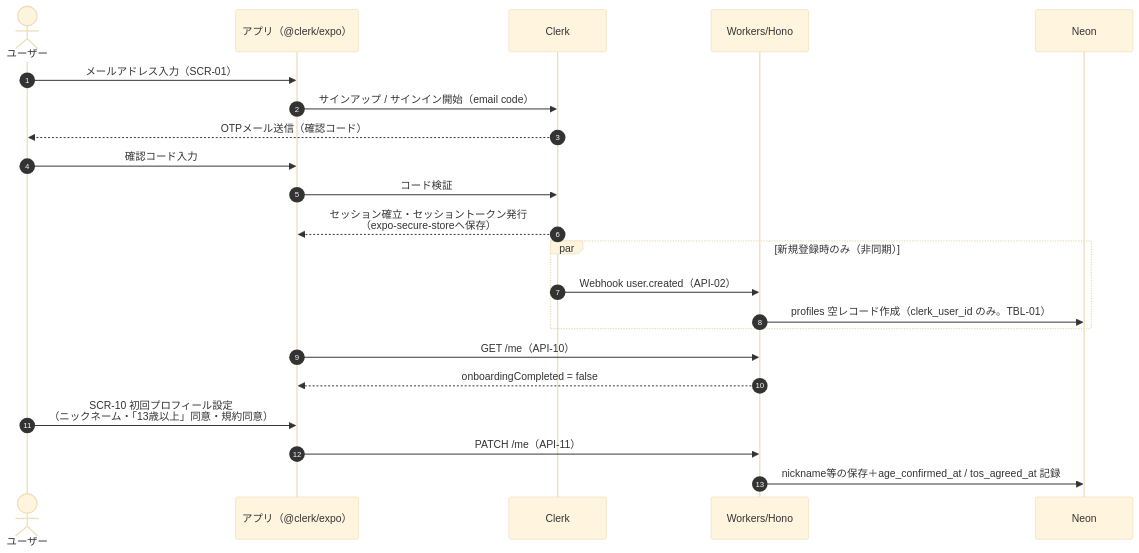
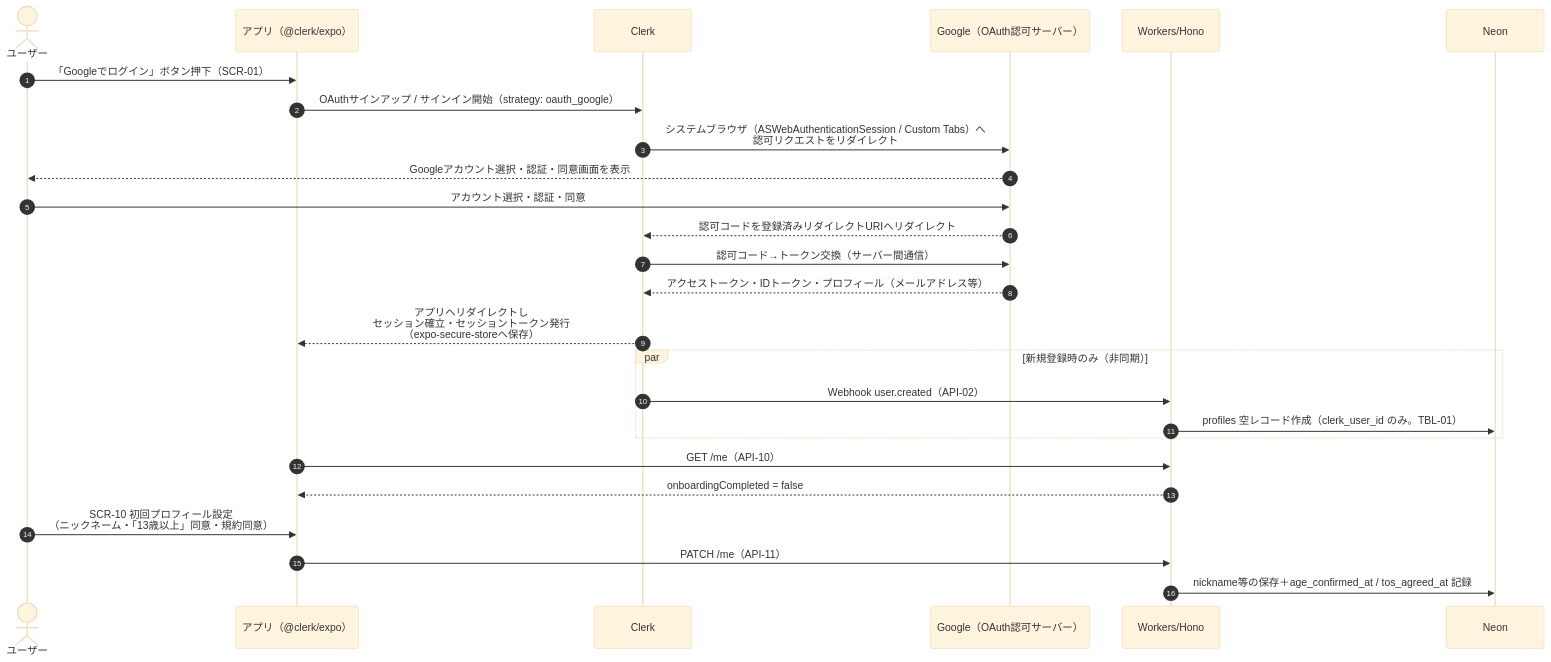
The second of 3 diagrams in docs/10_auth_design.md (yasudaProduct/machibin), drawn with Mermaid (base theme) before and after one commit. The commit also changed other lines of this file and 11 other files, not shown here.

````diff
--- a/docs/10_auth_design.md
+++ b/docs/10_auth_design.md
@@ -102,25 +109,29 @@
 ```mermaid
 sequenceDiagram
     autonumber
     actor U as ユーザー
     participant App as アプリ（@clerk/expo）
     participant Clerk as Clerk
+    participant Google as Google（OAuth認可サーバー）
     participant API as Workers/Hono
     participant DB as Neon
 
-    U->>App: メールアドレス入力（SCR-01）
-    App->>Clerk: サインアップ / サインイン開始（email code）
-    Clerk-->>U: OTPメール送信（確認コード）
-    U->>App: 確認コード入力
-    App->>Clerk: コード検証
-    Clerk-->>App: セッション確立・セッショントークン発行<br/>（expo-secure-storeへ保存）
+    U->>App: 「Googleでログイン」ボタン押下（SCR-01）
+    App->>Clerk: OAuthサインアップ / サインイン開始（strategy: oauth_google）
+    Clerk->>Google: システムブラウザ（ASWebAuthenticationSession / Custom Tabs）へ<br/>認可リクエストをリダイレクト
+    Google-->>U: Googleアカウント選択・認証・同意画面を表示
+    U->>Google: アカウント選択・認証・同意
+    Google-->>Clerk: 認可コードを登録済みリダイレクトURIへリダイレクト
+    Clerk->>Google: 認可コード→トークン交換（サーバー間通信）
+    Google-->>Clerk: アクセストークン・IDトークン・プロフィール（メールアドレス等）
+    Clerk-->>App: アプリへリダイレクトし<br/>セッション確立・セッショントークン発行<br/>（expo-secure-storeへ保存）
     par 新規登録時のみ（非同期）
         Clerk->>API: Webhook user.created（API-02）
         API->>DB: profiles 空レコード作成（clerk_user_id のみ。TBL-01）
     end
     App->>API: GET /me（API-10）
     API-->>App: onboardingCompleted = false
     U->>App: SCR-10 初回プロフィール設定<br/>（ニックネーム・「13歳以上」同意・規約同意）
     App->>API: PATCH /me（API-11）
     API->>DB: nickname等の保存＋age_confirmed_at / tos_agreed_at 記録
 ```
````
